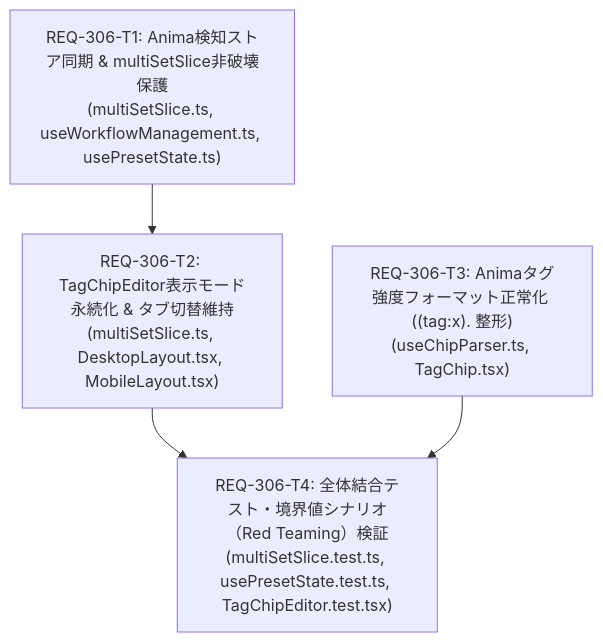
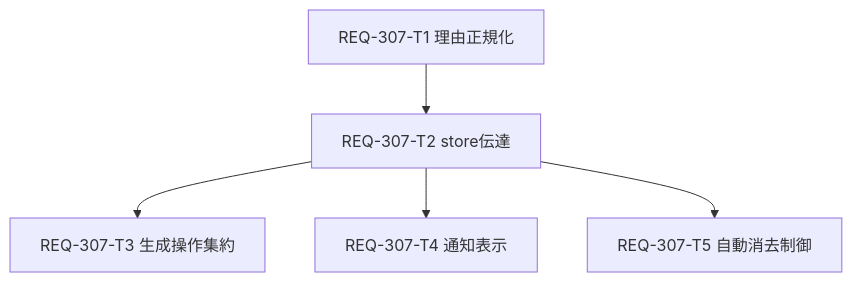
The diagram in implementation_plan.md (TAKE4548/comfy-create-helper2), drawn with Mermaid before and after one commit. The commit also changed other lines of this file and 23 other files, not shown here.

````diff
--- a/implementation_plan.md
+++ b/implementation_plan.md
@@ -81,11 +16,7 @@
 ```mermaid
 graph TD
-    T1["REQ-306-T1: Anima検知ストア同期 & multiSetSlice非破壊保護<br/>(multiSetSlice.ts, useWorkflowManagement.ts, usePresetState.ts)"]
-    T2["REQ-306-T2: TagChipEditor表示モード永続化 & タブ切替維持<br/>(multiSetSlice.ts, DesktopLayout.tsx, MobileLayout.tsx)"]
-    T3["REQ-306-T3: Animaタグ強度フォーマット正常化 ((tag:x). 整形)<br/>(useChipParser.ts, TagChip.tsx)"]
-    T4["REQ-306-T4: 全体結合テスト・境界値シナリオ（Red Teaming）検証<br/>(multiSetSlice.test.ts, usePresetState.test.ts, TagChipEditor.test.tsx)"]
-
-    T1 --> T2
-    T2 --> T4
-    T3 --> T4
+  T1[REQ-307-T1 理由正規化] --> T2[REQ-307-T2 store伝達]
+  T2 --> T3[REQ-307-T3 生成操作集約]
+  T2 --> T4[REQ-307-T4 通知表示]
+  T2 --> T5[REQ-307-T5 自動消去制御]
 ```
````
